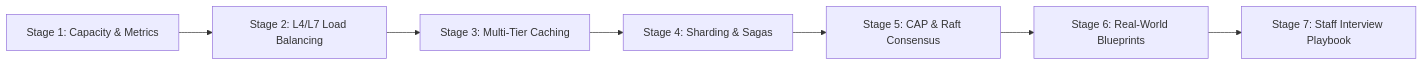
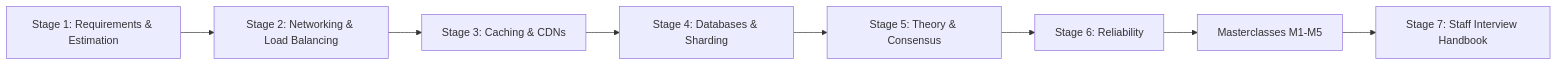
One commit to TheLearningHubOrg/learn-system-design changed the first of 42 diagrams in README.md. Above: the diagram before and after it, drawn with Mermaid. The commit also changed other lines of this file and 37 other files, not shown here.

````diff
--- a/README.md
+++ b/README.md
@@ -27,9 +29,10 @@
 ```mermaid
 flowchart LR
-    S1["Stage 1: Capacity & Metrics"] --> S2["Stage 2: L4/L7 Load Balancing"]
-    S2 --> S3["Stage 3: Multi-Tier Caching"]
-    S3 --> S4["Stage 4: Sharding & Sagas"]
-    S4 --> S5["Stage 5: CAP & Raft Consensus"]
-    S5 --> S6["Stage 6: Real-World Blueprints"]
-    S6 --> S7["Stage 7: Staff Interview Playbook"]
+    S1["Stage 1: Requirements & Estimation"] --> S2["Stage 2: Networking & Load Balancing"]
+    S2 --> S3["Stage 3: Caching & CDNs"]
+    S3 --> S4["Stage 4: Databases & Sharding"]
+    S4 --> S5["Stage 5: Theory & Consensus"]
+    S5 --> S6["Stage 6: Reliability"]
+    S6 --> M["Masterclasses M1-M5"]
+    M --> S7["Stage 7: Staff Interview Handbook"]
 ```
````
